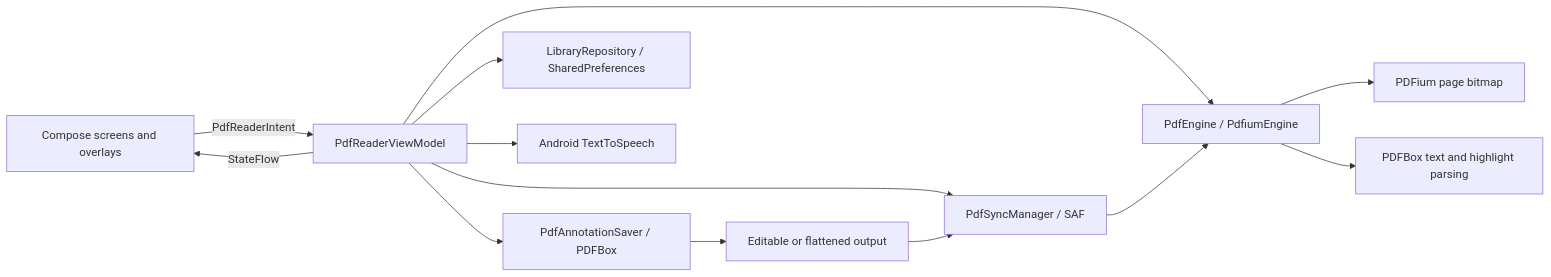
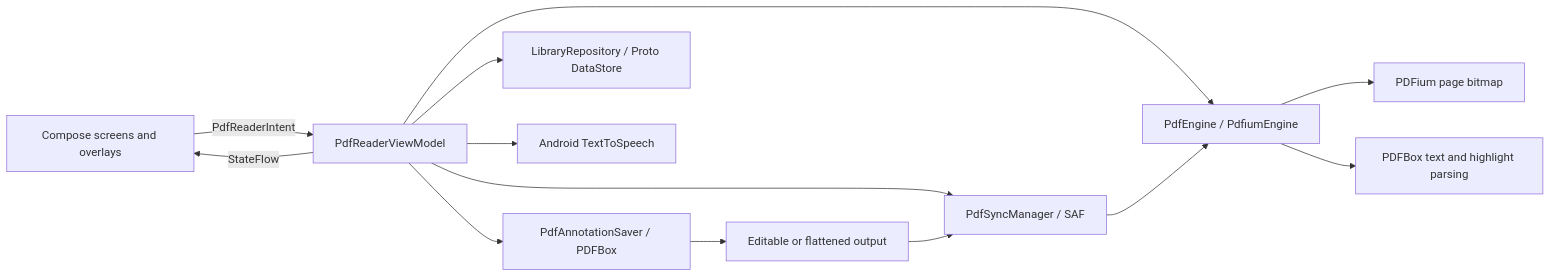
The second of 2 diagrams in .github/architecture.md (tharun-extinct/pdf-reader), drawn with Mermaid before and after one commit. The commit also changed other lines of this file and 28 other files, not shown here.

First line of the commit message:
feat: Integrate Proto DataStore for reader preferences and recent documents

````diff
--- a/.github/architecture.md
+++ b/.github/architecture.md
@@ -105,15 +105,15 @@
 ```mermaid
 flowchart LR
     UI["Compose screens and overlays"] -->|"PdfReaderIntent"| VM["PdfReaderViewModel"]
     VM -->|"StateFlow<PdfReaderState>"| UI
     VM --> Engine["PdfEngine / PdfiumEngine"]
     VM --> Saver["PdfAnnotationSaver / PDFBox"]
     VM --> Sync["PdfSyncManager / SAF"]
-    VM --> Library["LibraryRepository / SharedPreferences"]
+    VM --> Library["LibraryRepository / Proto DataStore"]
     VM --> TTS["Android TextToSpeech"]
     Engine --> PDFium["PDFium page bitmap"]
     Engine --> PDFBoxRead["PDFBox text and highlight parsing"]
     Saver --> PDFBoxWrite["Editable or flattened output"]
     PDFBoxWrite --> Sync
     Sync --> Engine
 ```
````
